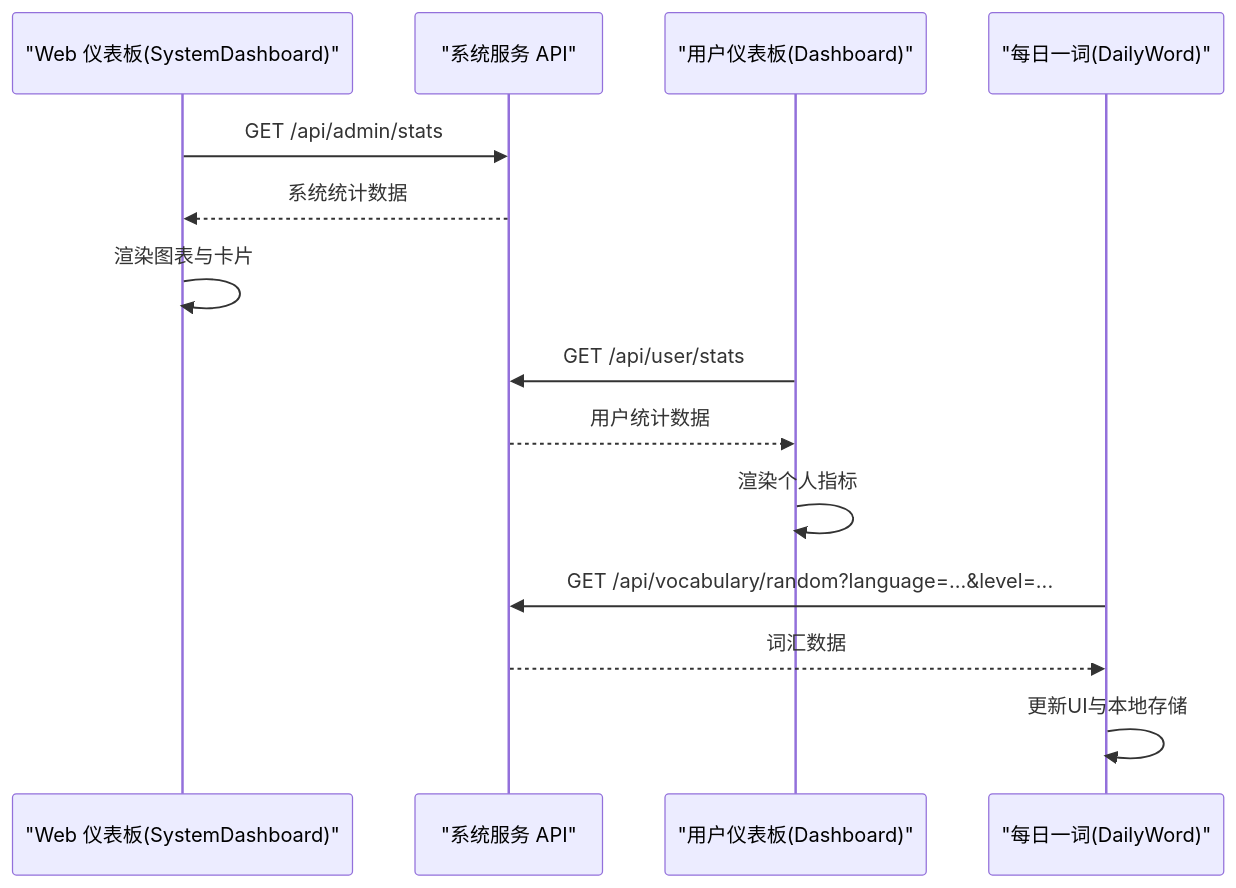
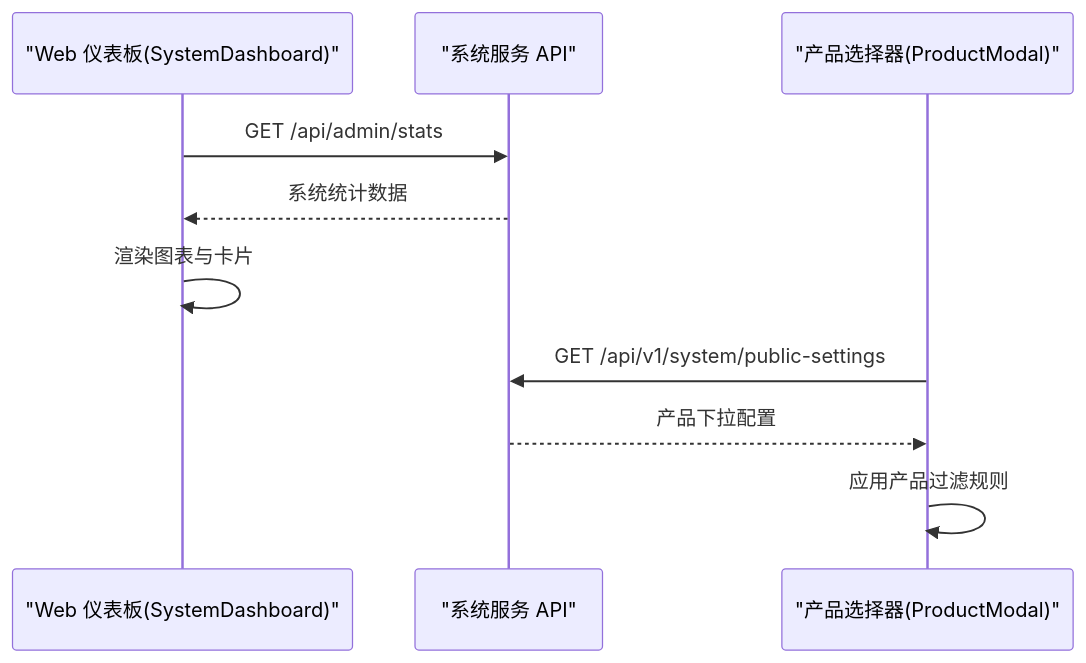
Diagram 11 of 13 in .qoder/repowiki/zh/content/API 接口文档/系统服务 API.md (CubeEdge/Longhorn), drawn with Mermaid before and after one commit. The commit also changed other lines of this file and 53 other files, not shown here.

````diff
--- a/.qoder/repowiki/zh/content/API 接口文档/系统服务 API.md
+++ b/.qoder/repowiki/zh/content/API 接口文档/系统服务 API.md
@@ -249,16 +409,12 @@
 ```mermaid
 sequenceDiagram
 participant Web as "Web 仪表板(SystemDashboard)"
 participant API as "系统服务 API"
 Web->>API : GET /api/admin/stats
 API-->>Web : 系统统计数据
 Web->>Web : 渲染图表与卡片
-participant UserDash as "用户仪表板(Dashboard)"
-UserDash->>API : GET /api/user/stats
-API-->>UserDash : 用户统计数据
-UserDash->>UserDash : 渲染个人指标
-participant Daily as "每日一词(DailyWord)"
-Daily->>API : GET /api/vocabulary/random?language=...&level=...
-API-->>Daily : 词汇数据
-Daily->>Daily : 更新UI与本地存储
+participant ProductModal as "产品选择器(ProductModal)"
+ProductModal->>API : GET /api/v1/system/public-settings
+API-->>ProductModal : 产品下拉配置
+ProductModal->>ProductModal : 应用产品过滤规则
 ```
````
